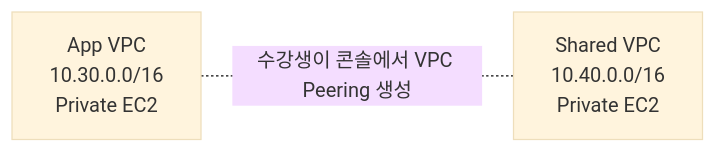
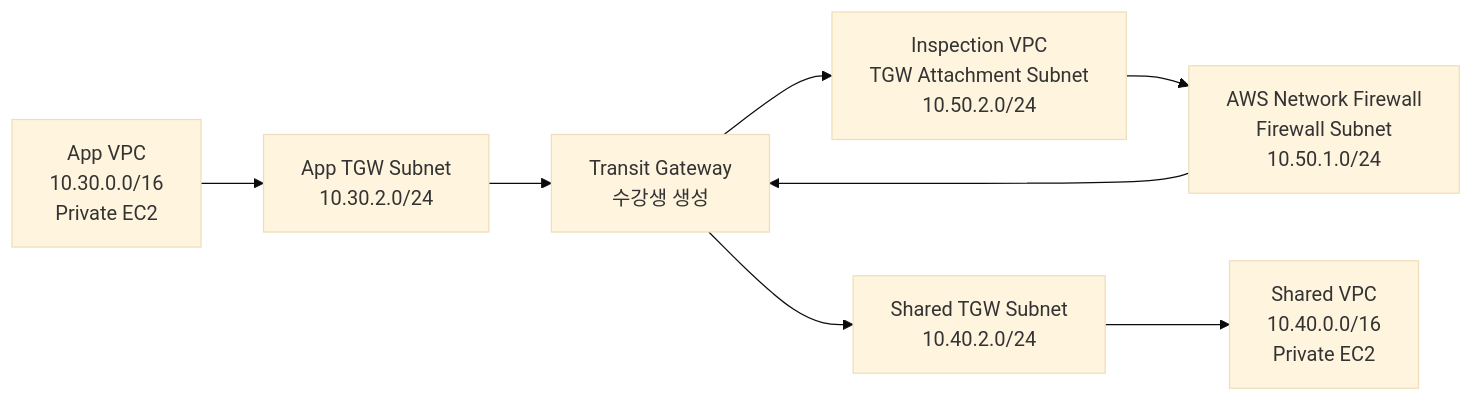
Before and after one commit to gasbugs/mulcam-aws-cloud-security-terraform: the diagram in terraform/fa01hc/day03-compute-and-network-security/08-vpc-peering-console-workshop/README.md, drawn with Mermaid (base theme). The commit also changed other lines of this file and 5 other files, not shown here.

Commit message:
fix: make inspection firewall lab student managed

````diff
--- a/terraform/fa01hc/day03-compute-and-network-security/08-vpc-peering-console-workshop/README.md
+++ b/terraform/fa01hc/day03-compute-and-network-security/08-vpc-peering-console-workshop/README.md
@@ -9,7 +19,18 @@
 ```mermaid
 flowchart LR
     APP["App VPC<br/>10.30.0.0/16<br/>Private EC2"]
+    APP_TGW["App TGW Subnet<br/>10.30.2.0/24"]
+    TGW["Transit Gateway<br/>수강생 생성"]
+    INSP_TGW["Inspection VPC<br/>TGW Attachment Subnet<br/>10.50.2.0/24"]
+    NFW["AWS Network Firewall<br/>Firewall Subnet<br/>10.50.1.0/24"]
+    SHARED_TGW["Shared TGW Subnet<br/>10.40.2.0/24"]
     SHARED["Shared VPC<br/>10.40.0.0/16<br/>Private EC2"]
 
-    APP -. "수강생이 콘솔에서 VPC Peering 생성" .- SHARED
+    APP --> APP_TGW
+    APP_TGW --> TGW
+    TGW --> INSP_TGW
+    INSP_TGW --> NFW
+    NFW --> TGW
+    TGW --> SHARED_TGW
+    SHARED_TGW --> SHARED
 ```
````
